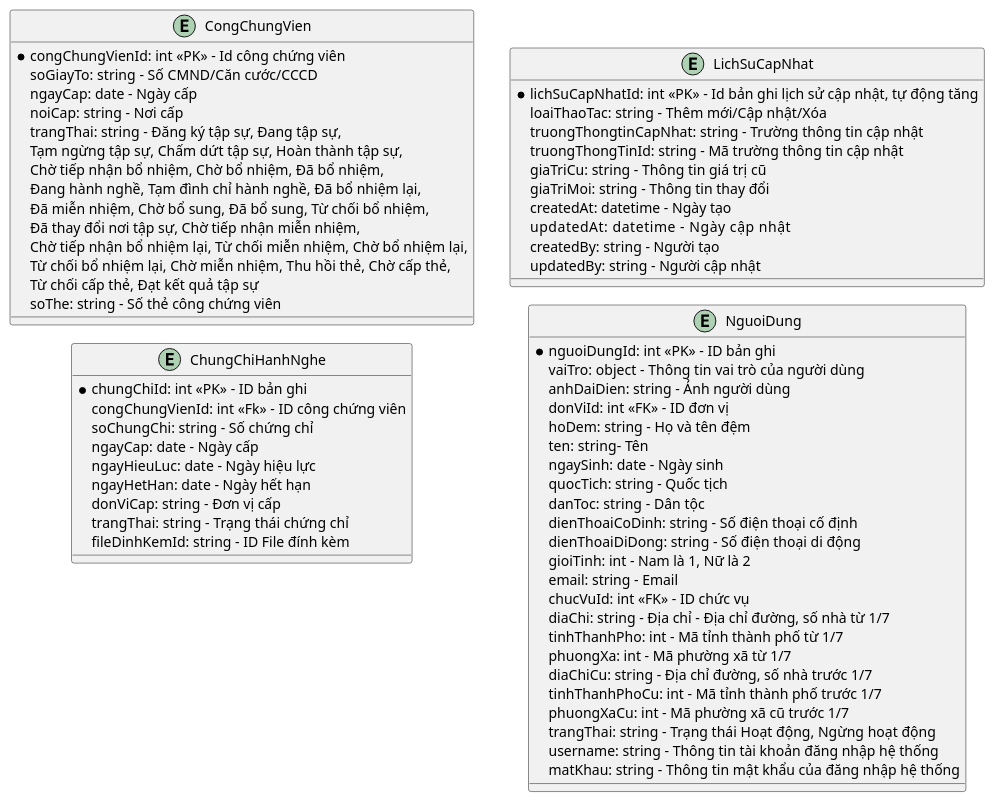
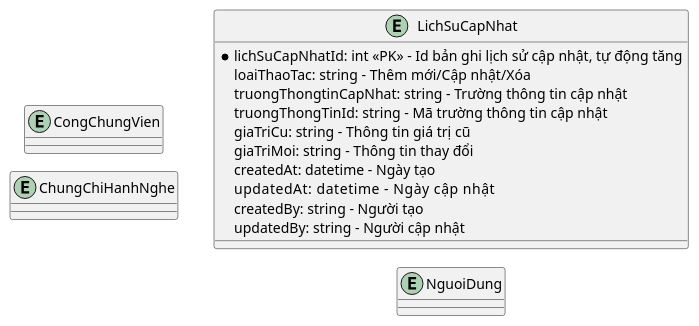
One commit to phuongpm23/nds-docs-test changed the diagram in ba/[NDS-E-00046] Quản lý thông tin công chứng viên/3.ldm.puml. Above: the diagram before and after it, drawn with PlantUML. The commit also changed 14 other files, not shown here.

```diff
--- a/ba/[NDS-E-00046] Quản lý thông tin công chứng viên/3.ldm.puml
+++ b/ba/[NDS-E-00046] Quản lý thông tin công chứng viên/3.ldm.puml
@@ -1,79 +1,23 @@
 @startuml ldm
 !pragma layout smetana
 left to right direction
 
 entity CongChungVien
 entity ChungChiHanhNghe
 entity LichSuCapNhat
 entity NguoiDung
-
-entity NguoiDung
-{
-    *nguoiDungId: int <<PK>> - ID bản ghi
-    vaiTro: object - Thông tin vai trò của người dùng
-    anhDaiDien: string - Ảnh người dùng
-    donViId: int <<FK>> - ID đơn vị
-    hoDem: string - Họ và tên đệm
-    ten: string- Tên
-    ngaySinh: date - Ngày sinh
-    quocTich: string - Quốc tịch
-    danToc: string - Dân tộc
-    dienThoaiCoDinh: string - Số điện thoại cố định
-    dienThoaiDiDong: string - Số điện thoại di động
-    gioiTinh: int - Nam là 1, Nữ là 2
-    email: string - Email
-    chucVuId: int <<FK>> - ID chức vụ
-    diaChi: string - Địa chỉ - Địa chỉ đường, số nhà từ 1/7
-    tinhThanhPho: int - Mã tỉnh thành phố từ 1/7
-    phuongXa: int - Mã phường xã từ 1/7
-    diaChiCu: string - Địa chỉ đường, số nhà trước 1/7
-    tinhThanhPhoCu: int - Mã tỉnh thành phố trước 1/7
-    phuongXaCu: int - Mã phường xã cũ trước 1/7
-    trangThai: string - Trạng thái Hoạt động, Ngừng hoạt động
-    username: string - Thông tin tài khoản đăng nhập hệ thống
-    matKhau: string - Thông tin mật khẩu của đăng nhập hệ thống
-}
-
-entity CongChungVien {
-    *congChungVienId: int <<PK>> - Id công chứng viên
-    soGiayTo: string - Số CMND/Căn cước/CCCD 
-    ngayCap: date - Ngày cấp
-    noiCap: string - Nơi cấp
-    trangThai: string - Đăng ký tập sự, Đang tập sự, 
-     Tạm ngừng tập sự, Chấm dứt tập sự, Hoàn thành tập sự, 
-     Chờ tiếp nhận bổ nhiệm, Chờ bổ nhiệm, Đã bổ nhiệm, 
-     Đang hành nghề, Tạm đình chỉ hành nghề, Đã bổ nhiệm lại, 
-     Đã miễn nhiệm, Chờ bổ sung, Đã bổ sung, Từ chối bổ nhiệm, 
-     Đã thay đổi nơi tập sự, Chờ tiếp nhận miễn nhiệm, 
-     Chờ tiếp nhận bổ nhiệm lại, Từ chối miễn nhiệm, Chờ bổ nhiệm lại, 
-     Từ chối bổ nhiệm lại, Chờ miễn nhiệm, Thu hồi thẻ, Chờ cấp thẻ, 
-     Từ chối cấp thẻ, Đạt kết quả tập sự
-    soThe: string - Số thẻ công chứng viên
-}
-
-entity ChungChiHanhNghe {
-  *chungChiId: int <<PK>> - ID bản ghi
-  congChungVienId: int <<Fk>> - ID công chứng viên
-  soChungChi: string - Số chứng chỉ
-  ngayCap: date - Ngày cấp
-  ngayHieuLuc: date - Ngày hiệu lực
-  ngayHetHan: date - Ngày hết hạn
-  donViCap: string - Đơn vị cấp
-  trangThai: string - Trạng thái chứng chỉ
-  fileDinhKemId: string - ID File đính kèm
-}
 
 entity LichSuCapNhat {
   *lichSuCapNhatId: int <<PK>> - Id bản ghi lịch sử cập nhật, tự động tăng
   loaiThaoTac: string - Thêm mới/Cập nhật/Xóa
   truongThongtinCapNhat: string - Trường thông tin cập nhật
   truongThongTinId: string - Mã trường thông tin cập nhật
   giaTriCu: string - Thông tin giá trị cũ
   giaTriMoi: string - Thông tin thay đổi
   createdAt: datetime - Ngày tạo
   updatedAt: datetime      - Ngày cập nhật
   createdBy: string - Người tạo
   updatedBy: string - Người cập nhật
 }
 
 @enduml
```
